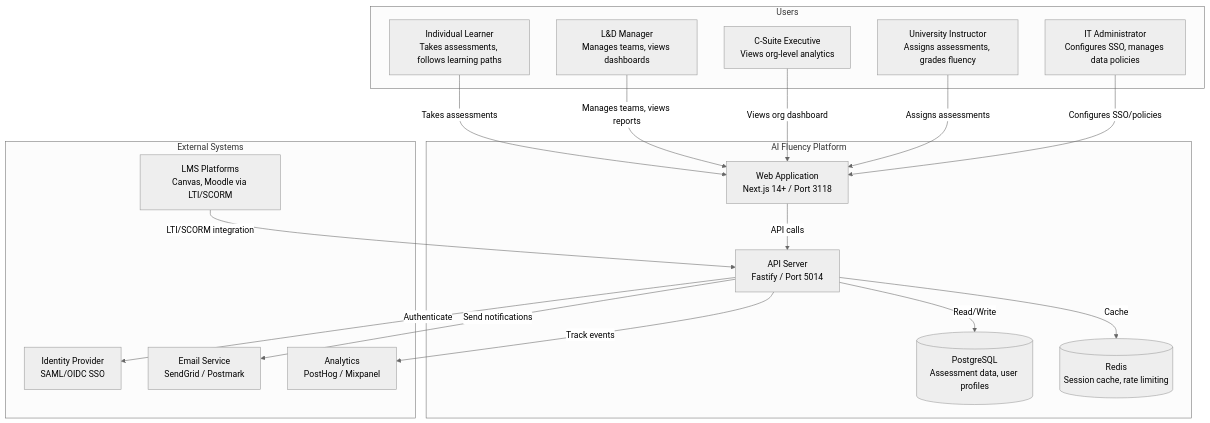
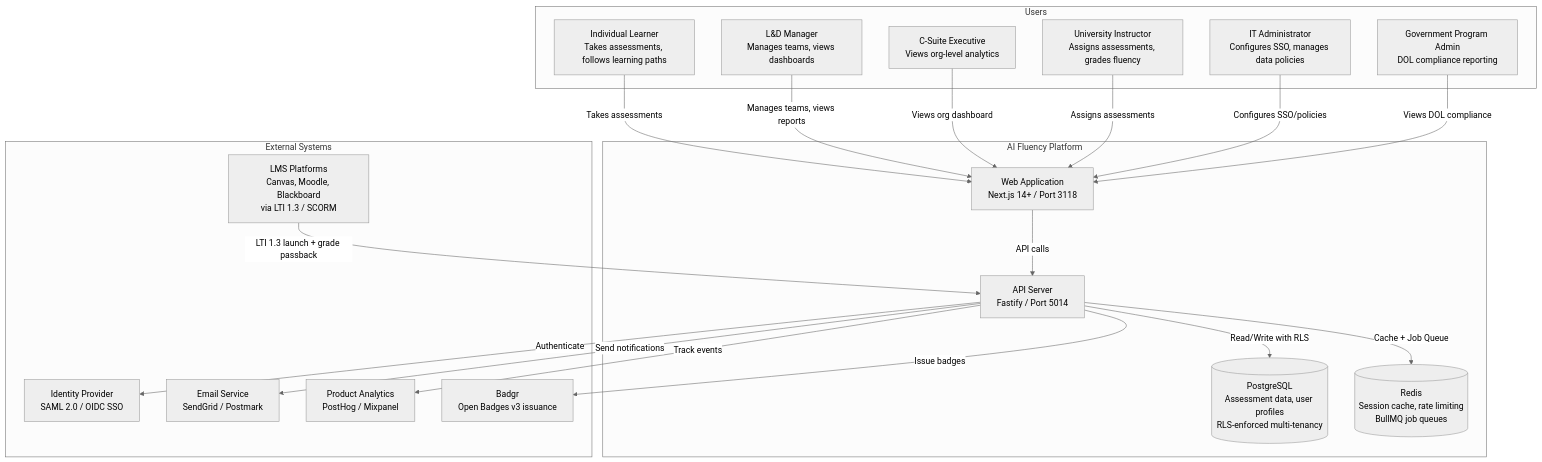
One commit to Tamoura/Claude-Code-creates-the-SW-company changed the first of 5 diagrams in products/ai-fluency/docs/specs/ai-fluency-foundation.md. Above: the diagram before and after it, drawn with Mermaid (neutral theme). The commit also changed other lines of this file and 13 other files, not shown here.

````diff
--- a/products/ai-fluency/docs/specs/ai-fluency-foundation.md
+++ b/products/ai-fluency/docs/specs/ai-fluency-foundation.md
@@ -38,38 +67,42 @@
 ```mermaid
 graph TD
     subgraph Users
         learner[Individual Learner<br/>Takes assessments, follows learning paths]
         ldm[L&D Manager<br/>Manages teams, views dashboards]
         exec[C-Suite Executive<br/>Views org-level analytics]
         instructor[University Instructor<br/>Assigns assessments, grades fluency]
         itadmin[IT Administrator<br/>Configures SSO, manages data policies]
+        govadmin[Government Program Admin<br/>DOL compliance reporting]
     end
 
     subgraph AI Fluency Platform
         web[Web Application<br/>Next.js 14+ / Port 3118]
         api[API Server<br/>Fastify / Port 5014]
-        db[(PostgreSQL<br/>Assessment data, user profiles)]
-        cache[(Redis<br/>Session cache, rate limiting)]
+        db[(PostgreSQL<br/>Assessment data, user profiles<br/>RLS-enforced multi-tenancy)]
+        cache[(Redis<br/>Session cache, rate limiting<br/>BullMQ job queues)]
     end
 
     subgraph External Systems
-        idp[Identity Provider<br/>SAML/OIDC SSO]
-        lms[LMS Platforms<br/>Canvas, Moodle via LTI/SCORM]
+        idp[Identity Provider<br/>SAML 2.0 / OIDC SSO]
+        lms[LMS Platforms<br/>Canvas, Moodle, Blackboard<br/>via LTI 1.3 / SCORM]
         email[Email Service<br/>SendGrid / Postmark]
-        analytics[Analytics<br/>PostHog / Mixpanel]
+        analytics[Product Analytics<br/>PostHog / Mixpanel]
+        badges[Badgr<br/>Open Badges v3 issuance]
     end
 
     learner -->|Takes assessments| web
     ldm -->|Manages teams, views reports| web
     exec -->|Views org dashboard| web
     instructor -->|Assigns assessments| web
     itadmin -->|Configures SSO/policies| web
+    govadmin -->|Views DOL compliance| web
 
     web -->|API calls| api
-    api -->|Read/Write| db
-    api -->|Cache| cache
+    api -->|Read/Write with RLS| db
+    api -->|Cache + Job Queue| cache
     api -->|Authenticate| idp
     api -->|Send notifications| email
     api -->|Track events| analytics
-    lms -->|LTI/SCORM integration| api
+    api -->|Issue badges| badges
+    lms -->|LTI 1.3 launch + grade passback| api
 ```
````
